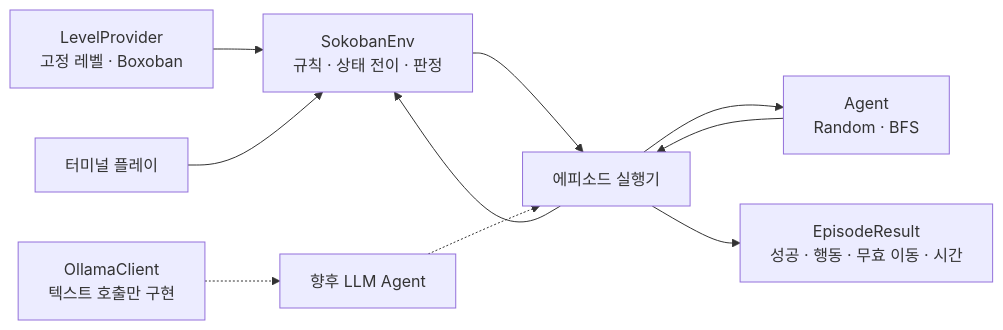
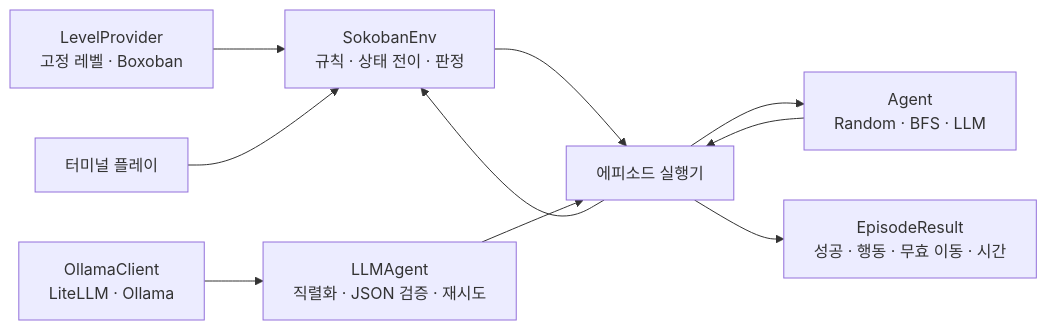
One commit to fredisbusy/sokoban-agent changed the diagram in docs/ARCHITECTURE.md. Above: the diagram before and after it, drawn with Mermaid. The commit also changed other lines of this file and 17 other files, not shown here.

````diff
--- a/docs/ARCHITECTURE.md
+++ b/docs/ARCHITECTURE.md
@@ -9,12 +9,12 @@
 ```mermaid
 flowchart LR
     L["LevelProvider<br/>고정 레벨 · Boxoban"] --> E["SokobanEnv<br/>규칙 · 상태 전이 · 판정"]
     T["터미널 플레이"] --> E
     E --> X["에피소드 실행기"]
-    X --> A["Agent<br/>Random · BFS"]
+    X --> A["Agent<br/>Random · BFS · LLM"]
     A --> X
     X --> E
     X --> R["EpisodeResult<br/>성공 · 행동 · 무효 이동 · 시간"]
-    O["OllamaClient<br/>텍스트 호출만 구현"] -.-> F["향후 LLM Agent"]
-    F -.-> X
+    O["OllamaClient<br/>LiteLLM · Ollama"] --> F["LLMAgent<br/>직렬화 · JSON 검증 · 재시도"]
+    F --> X
 ```
````
